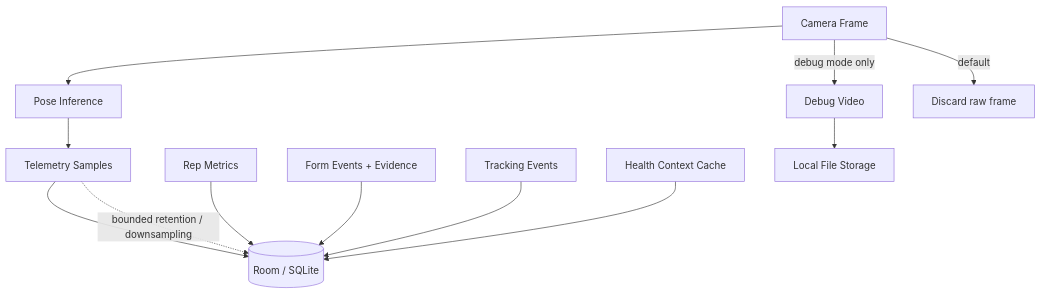
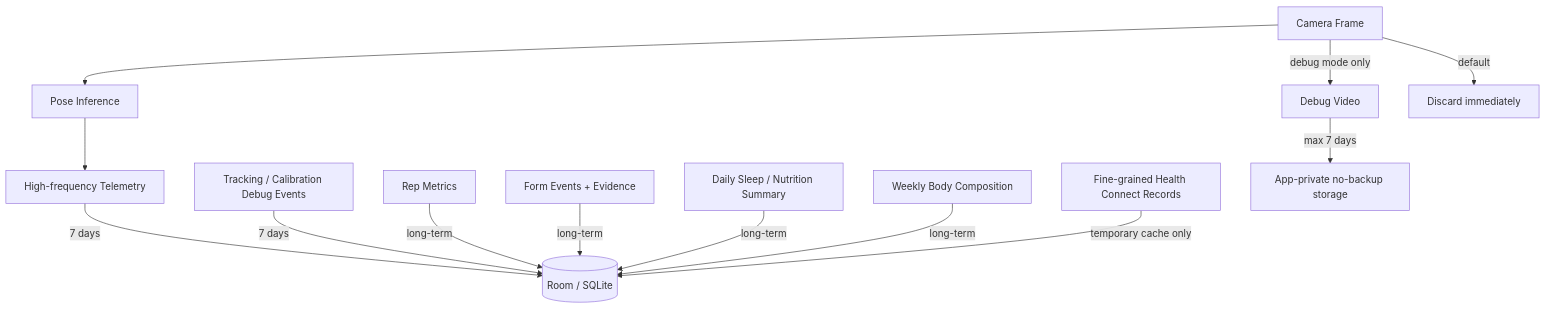
The seventh of 7 diagrams in docs/uml/OVERVIEW.md (lazerta/gym-buddy), drawn with Mermaid before and after one commit. The commit also changed other lines of this file, not shown here.

Commit message:
Update UML overview to v0.3 retention policy

````diff
--- a/docs/uml/OVERVIEW.md
+++ b/docs/uml/OVERVIEW.md
@@ -256,15 +271,15 @@
 ```mermaid
 flowchart TD
     F[Camera Frame] --> P[Pose Inference]
     F -->|debug mode only| V[Debug Video]
-    F -->|default| D1[Discard raw frame]
-    P --> T[Telemetry Samples]
-    T --> DB[(Room / SQLite)]
-    M[Rep Metrics] --> DB
-    E[Form Events + Evidence] --> DB
-    TE[Tracking Events] --> DB
-    H[Health Context Cache] --> DB
-    V --> LF[Local File Storage]
-
-    T -. bounded retention / downsampling .-> DB
+    F -->|default| D1[Discard immediately]
+    P --> T[High-frequency Telemetry]
+    T -->|7 days| DB[(Room / SQLite)]
+    TE[Tracking / Calibration Debug Events] -->|7 days| DB
+    M[Rep Metrics] -->|long-term| DB
+    E[Form Events + Evidence] -->|long-term| DB
+    S[Daily Sleep / Nutrition Summary] -->|long-term| DB
+    W[Weekly Body Composition] -->|long-term| DB
+    H[Fine-grained Health Connect Records] -->|temporary cache only| DB
+    V -->|max 7 days| LF[App-private no-backup storage]
 ```
````
